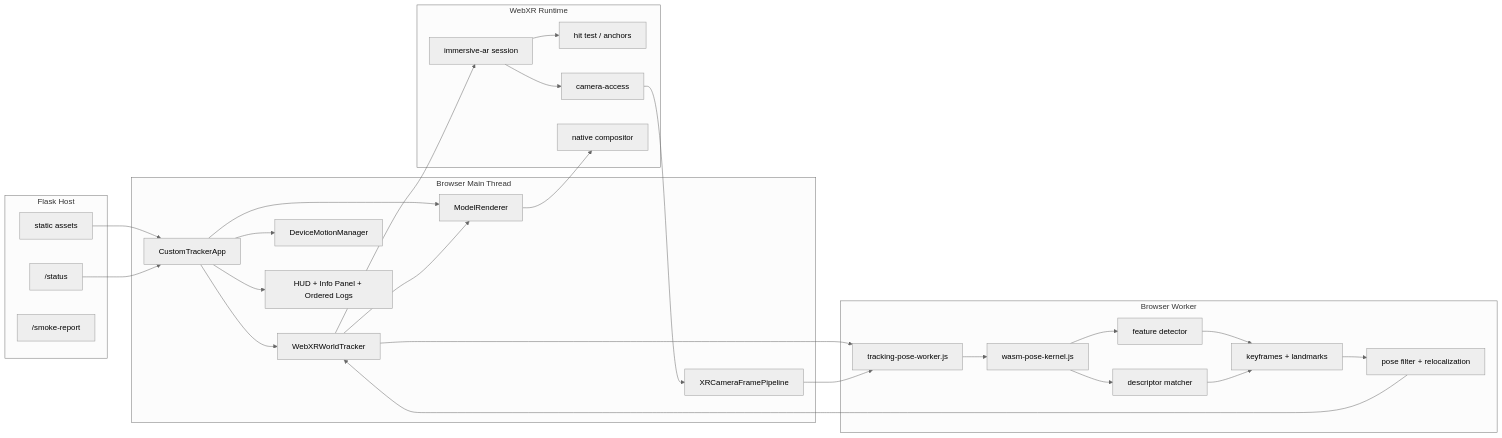
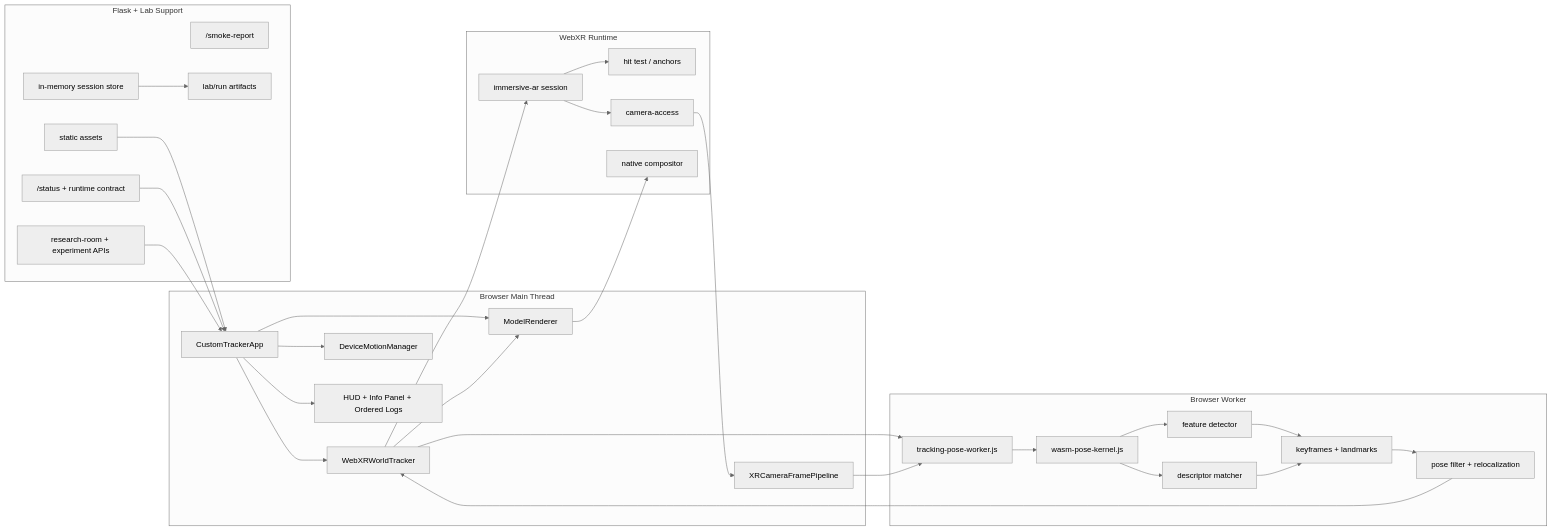
One commit to rahulraghunathb/WebAR-Python-v2 changed the second of 5 diagrams in SYSTEM_DESIGN.md. Above: the diagram before and after it, drawn with Mermaid (neutral theme). The commit also changed other lines of this file and 58 other files, not shown here.

````diff
--- a/SYSTEM_DESIGN.md
+++ b/SYSTEM_DESIGN.md
@@ -27,55 +28,60 @@
 ```mermaid
 flowchart LR
     subgraph BrowserMain["Browser Main Thread"]
         A["CustomTrackerApp"]
         B["WebXRWorldTracker"]
         C["XRCameraFramePipeline"]
         D["ModelRenderer"]
         E["DeviceMotionManager"]
         F["HUD + Info Panel + Ordered Logs"]
     end
 
     subgraph BrowserWorker["Browser Worker"]
         G["tracking-pose-worker.js"]
         H["wasm-pose-kernel.js"]
         I["feature detector"]
         J["descriptor matcher"]
         K["keyframes + landmarks"]
         L["pose filter + relocalization"]
     end
 
     subgraph NativeXR["WebXR Runtime"]
         M["immersive-ar session"]
         N["hit test / anchors"]
         O["camera-access"]
         P["native compositor"]
     end
 
-    subgraph Server["Flask Host"]
+    subgraph Server["Flask + Lab Support"]
         Q["static assets"]
-        R["/status"]
+        R["/status + runtime contract"]
         S["/smoke-report"]
+        T["research-room + experiment APIs"]
+        U["in-memory session store"]
+        V["lab/run artifacts"]
     end
 
     Q --> A
     R --> A
+    T --> A
     A --> B
     A --> D
     A --> E
     A --> F
     B --> M
     M --> N
     M --> O
     O --> C
     B --> G
     C --> G
     G --> H
     H --> I
     H --> J
     I --> K
     J --> K
     K --> L
     L --> B
     B --> D
     D --> P
+    U --> V
 ```
````
